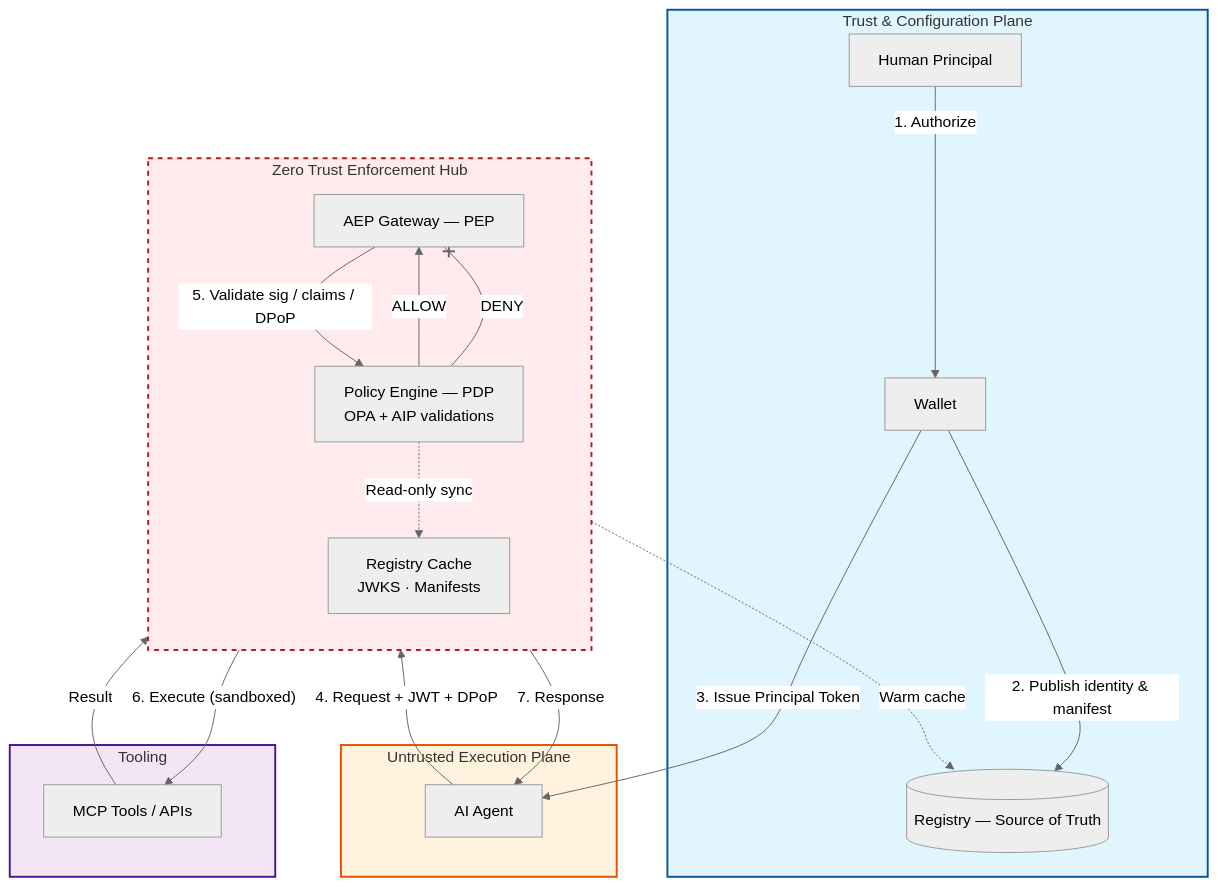
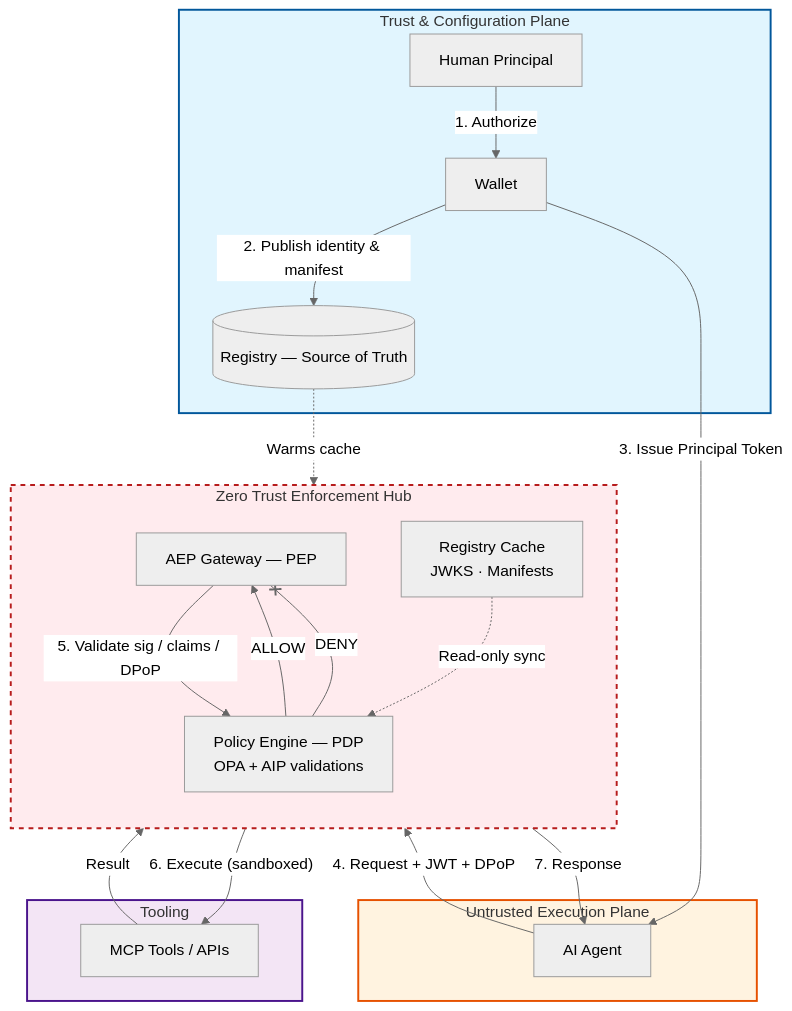
One commit to provai-dev/aip-spec changed the third of 6 diagrams in README.md. Above: the diagram before and after it, drawn with Mermaid (neutral theme). The commit also changed other lines of this file and 1 other file, not shown here.

````diff
--- a/README.md
+++ b/README.md
@@ -168,46 +168,46 @@
 ```mermaid
 flowchart TD
     classDef principal fill:#e1f5fe,stroke:#01579b,stroke-width:2px
     classDef agent fill:#fff3e0,stroke:#e65100,stroke-width:2px
     classDef zt fill:#ffebee,stroke:#b71c1c,stroke-width:2px,stroke-dasharray:5 5
     classDef infra fill:#f3e5f5,stroke:#4a148c,stroke-width:2px
 
     subgraph TrustZone ["Trust & Configuration Plane"]
         P[Human Principal]
         W[Wallet]
         Reg[(Registry — Source of Truth)]
     end
     class TrustZone principal
 
     subgraph UntrustedZone ["Untrusted Execution Plane"]
         Ag[AI Agent]
     end
     class UntrustedZone agent
 
     subgraph ZeroTrustCore ["Zero Trust Enforcement Hub"]
         direction TB
         AEP[AEP Gateway — PEP]
         PDP[Policy Engine — PDP<br/>OPA + AIP validations]
         Cache[Registry Cache<br/>JWKS · Manifests]
     end
     class ZeroTrustCore zt
 
     subgraph Target ["Tooling"]
         Tools[MCP Tools / APIs]
     end
     class Target infra
 
     P-->|"1. Authorize"|W
     W-->|"2. Publish identity & manifest"|Reg
     W-->|"3. Issue Principal Token"|Ag
 
     Ag-->|"4. Request + JWT + DPoP"|AEP
     AEP-->|"5. Validate sig / claims / DPoP"|PDP
-    PDP-.->|"Read-only sync"|Cache
-    Cache-.->|"Warm cache"|Reg
+    Reg-.->|"Warms cache"|Cache
+    Cache-.->|"Read-only sync"|PDP
     PDP-->|"ALLOW"|AEP
     AEP-->|"6. Execute (sandboxed)"|Tools
     Tools-->|"Result"|AEP
     AEP-->|"7. Response"|Ag
     PDP--x|"DENY"|AEP
 ```
````
